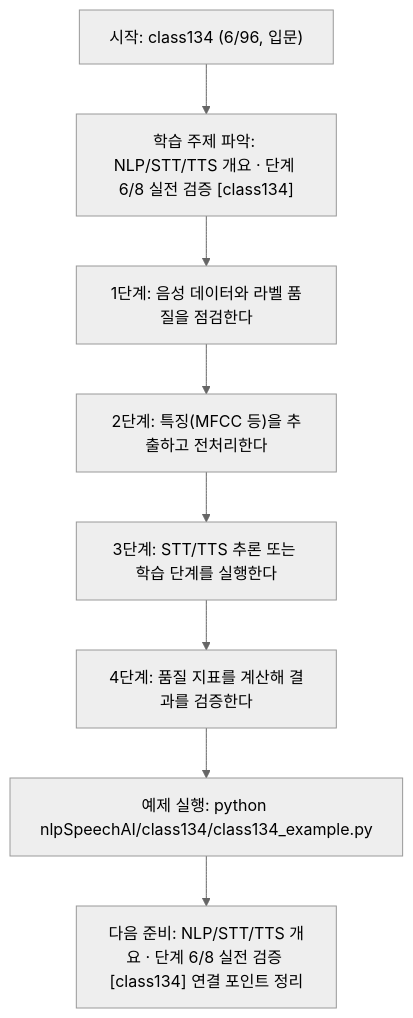
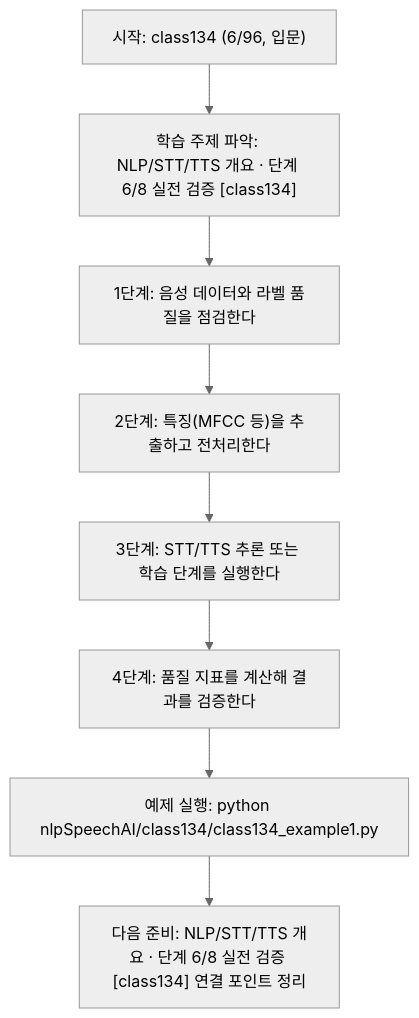
One commit to edumgt/Python-AI_Agent-Class changed the diagram in nlpSpeechAI/class134/class134.md. Above: the diagram before and after it, drawn with Mermaid (neutral theme). The commit also changed other lines of this file and 2959 other files, not shown here.

````diff
--- a/nlpSpeechAI/class134/class134.md
+++ b/nlpSpeechAI/class134/class134.md
@@ -115,18 +115,18 @@
 ```mermaid
 flowchart TD
 N1["시작: class134 (6/96, 입문)"]
 N2["학습 주제 파악: NLP/STT/TTS 개요 · 단계 6/8 실전 검증 [class134]"]
 N3["1단계: 음성 데이터와 라벨 품질을 점검한다"]
 N4["2단계: 특징(MFCC 등)을 추출하고 전처리한다"]
 N5["3단계: STT/TTS 추론 또는 학습 단계를 실행한다"]
 N6["4단계: 품질 지표를 계산해 결과를 검증한다"]
-N7["예제 실행: python nlpSpeechAI/class134/class134_example.py"]
+N7["예제 실행: python nlpSpeechAI/class134/class134_example1.py"]
 N8["다음 준비: NLP/STT/TTS 개요 · 단계 6/8 실전 검증 [class134] 연결 포인트 정리"]
 N1 --> N2
 N2 --> N3
 N3 --> N4
 N4 --> N5
 N5 --> N6
 N6 --> N7
 N7 --> N8
 ```
````
